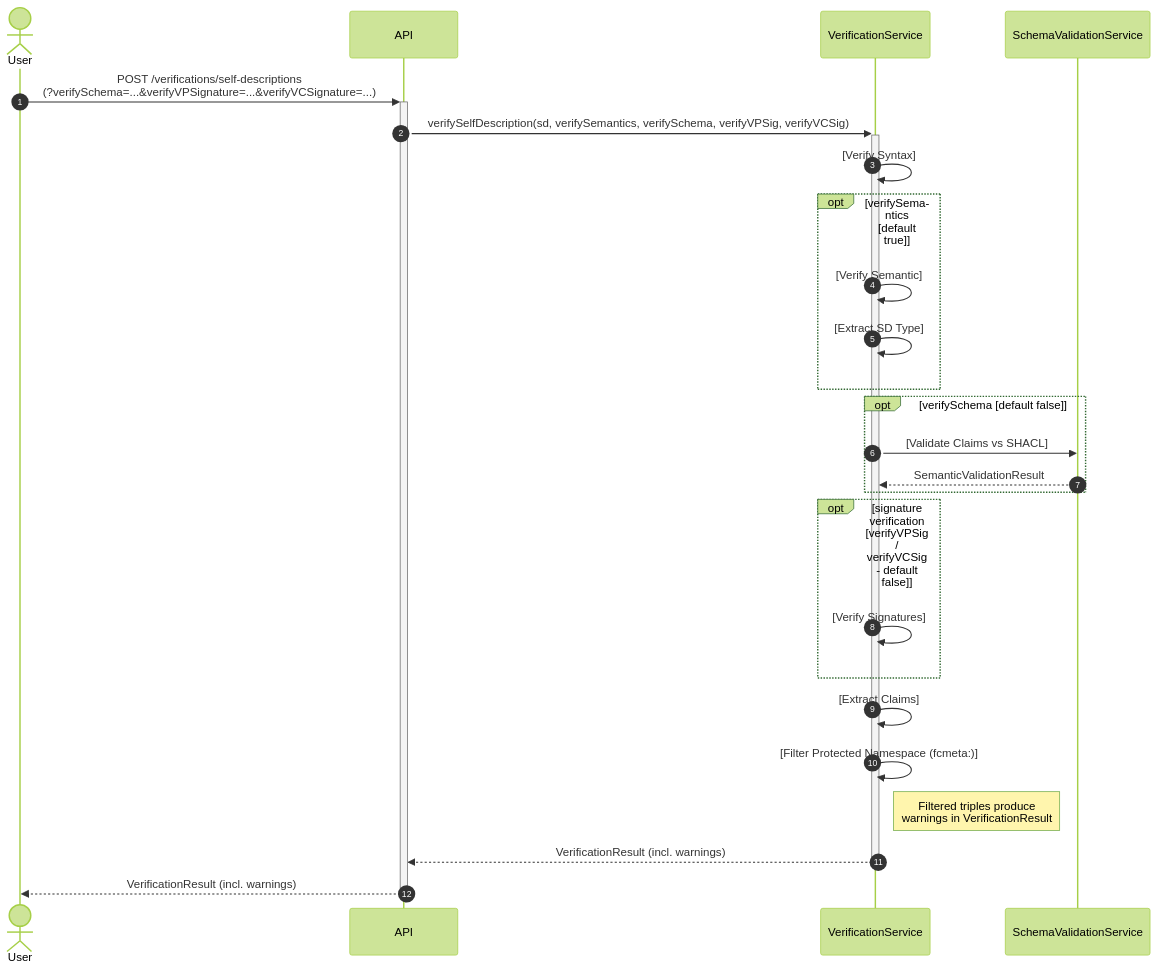
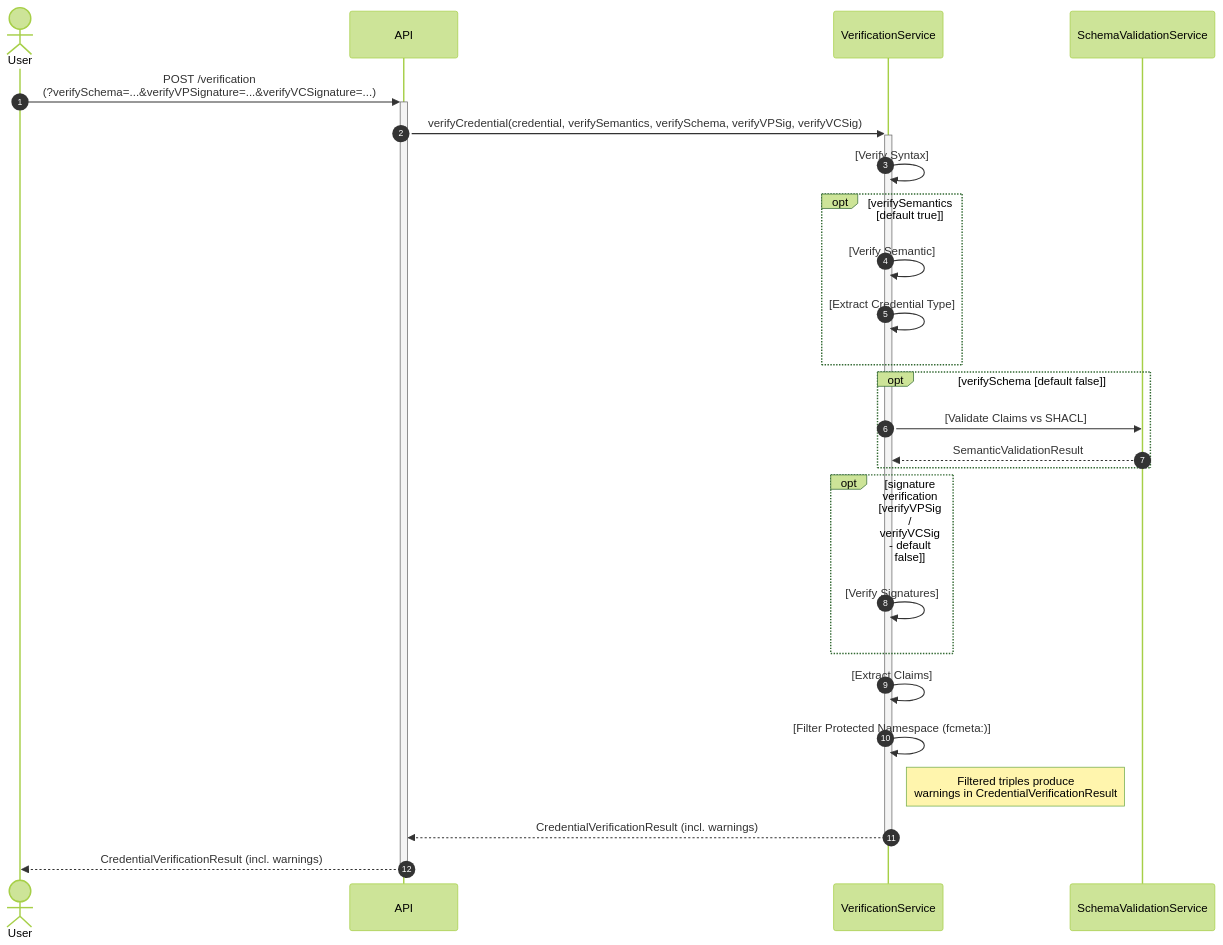
Before and after one commit to federated-catalogue-enhancements-2026/docs: diagram 29 of 34 in federated-catalogue/src/docs/architecture/chapters/06_runtime_view.adoc, drawn with Mermaid (forest theme). The commit also changed other lines of this file and 11 other files, not shown here.

```diff
--- a/federated-catalogue/src/docs/architecture/chapters/06_runtime_view.adoc
+++ b/federated-catalogue/src/docs/architecture/chapters/06_runtime_view.adoc
@@ -935,27 +935,27 @@
 [mermaid, width=2000]
 ....
 sequenceDiagram
     autonumber
     actor User
     participant API
     participant VerificationService
-    User ->> + API:POST /verifications/self-descriptions<br>(?verifySchema=...&verifyVPSignature=...&verifyVCSignature=...)
-    API ->> + VerificationService:verifySelfDescription(sd, verifySemantics, verifySchema, verifyVPSig, verifyVCSig)
+    User ->> + API:POST /verification<br>(?verifySchema=...&verifyVPSignature=...&verifyVCSignature=...)
+    API ->> + VerificationService:verifyCredential(credential, verifySemantics, verifySchema, verifyVPSig, verifyVCSig)
     VerificationService ->> VerificationService: [Verify Syntax]
     opt verifySemantics [default true]
         VerificationService ->> VerificationService: [Verify Semantic]
-        VerificationService ->> VerificationService: [Extract SD Type]
+        VerificationService ->> VerificationService: [Extract Credential Type]
     end
     opt verifySchema [default false]
         VerificationService ->> SchemaValidationService: [Validate Claims vs SHACL]
         SchemaValidationService -->> VerificationService: SemanticValidationResult
     end
     opt signature verification [verifyVPSig / verifyVCSig - default false]
         VerificationService ->> VerificationService: [Verify Signatures]
     end
     VerificationService ->> VerificationService:[Extract Claims]
     VerificationService ->> VerificationService:[Filter Protected Namespace (fcmeta:)]
-    Note right of VerificationService: Filtered triples produce<br/>warnings in VerificationResult
-    VerificationService -->> - API:VerificationResult (incl. warnings)
-    API -->> -User: VerificationResult (incl. warnings)
+    Note right of VerificationService: Filtered triples produce<br/>warnings in CredentialVerificationResult
+    VerificationService -->> - API:CredentialVerificationResult (incl. warnings)
+    API -->> -User: CredentialVerificationResult (incl. warnings)
 ....
```
